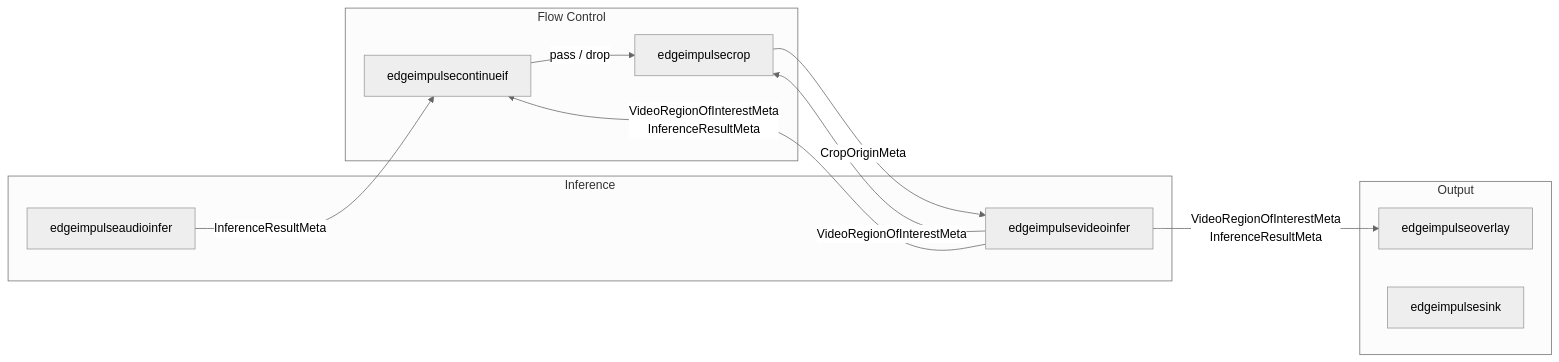
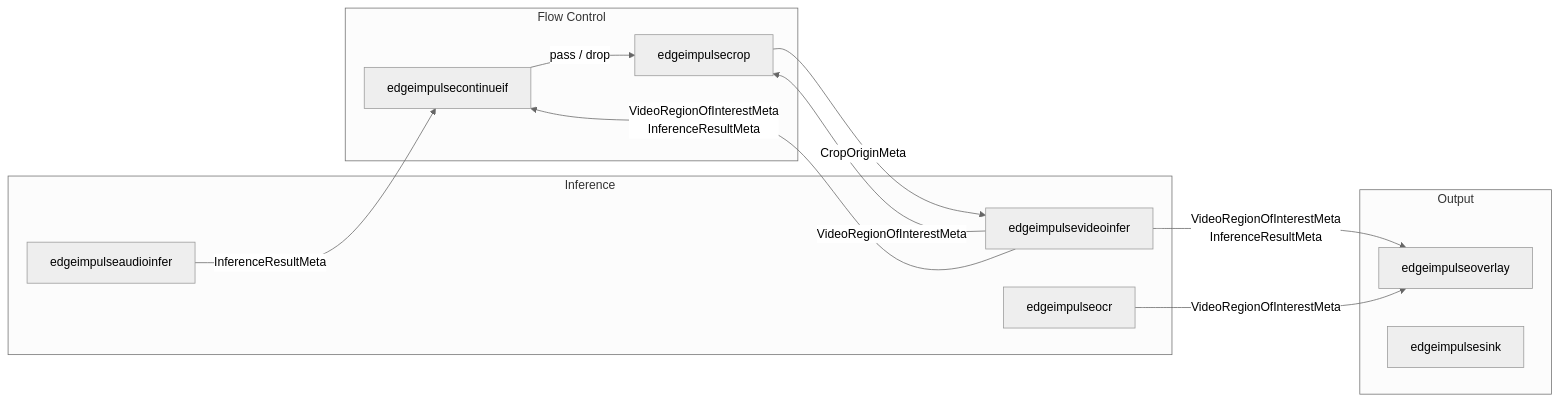
Before and after one commit to edgeimpulse/gst-plugins-edgeimpulse: the first of 10 diagrams in README.md, drawn with Mermaid (neutral theme). The commit also changed other lines of this file and 36 other files, not shown here.

````diff
--- a/README.md
+++ b/README.md
@@ -9,22 +9,24 @@
 ```mermaid
 graph LR
     subgraph "Inference"
         A[edgeimpulseaudioinfer]
         V[edgeimpulsevideoinfer]
+        R[edgeimpulseocr]
     end
     subgraph "Flow Control"
         F[edgeimpulsecontinueif]
         C[edgeimpulsecrop]
     end
     subgraph "Output"
         O[edgeimpulseoverlay]
         S[edgeimpulsesink]
     end
 
     V -- "VideoRegionOfInterestMeta\nInferenceResultMeta" --> O
     V -- "VideoRegionOfInterestMeta\nInferenceResultMeta" --> F
     V -- "VideoRegionOfInterestMeta" --> C
+    R -- "VideoRegionOfInterestMeta" --> O
     F -- "pass / drop" --> C
     C -- "CropOriginMeta" --> V
     A -- "InferenceResultMeta" --> F
 ```
````
